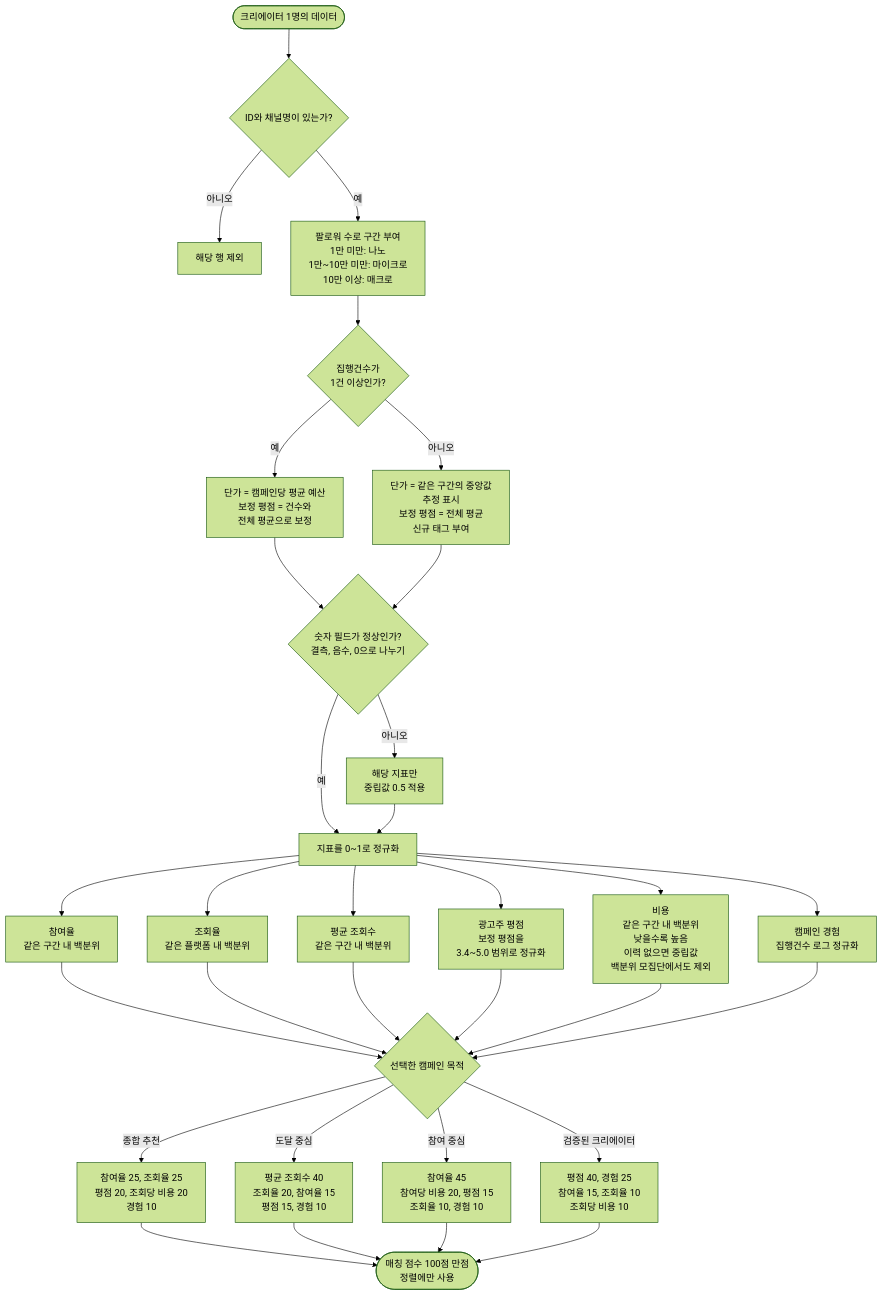
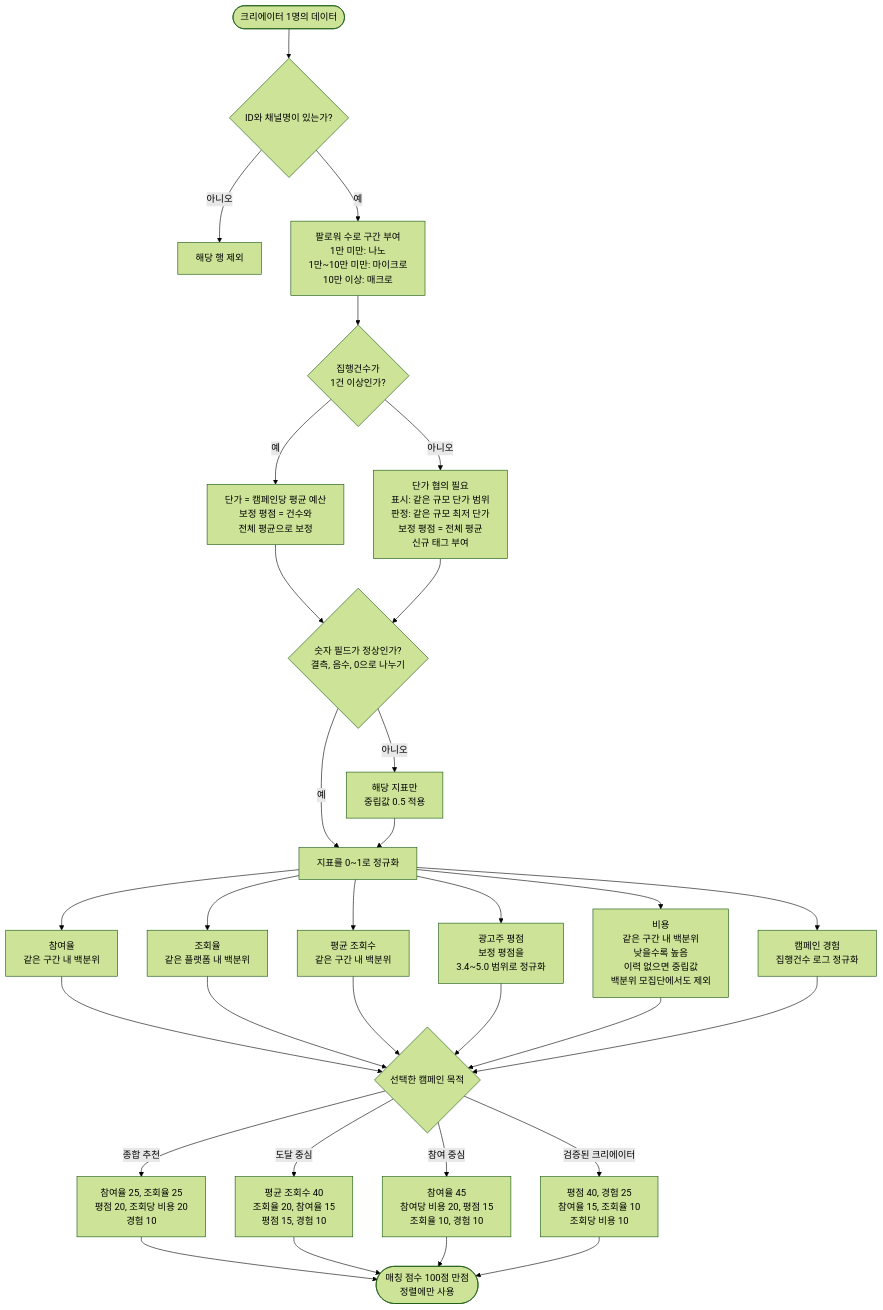
One commit to kimyyyjiii-jpg/creator-matching-prototype changed the second of 3 diagrams in flowchart.md. Above: the diagram before and after it, drawn with Mermaid (forest theme). The commit also changed other lines of this file and 11 other files, not shown here.

````diff
--- a/flowchart.md
+++ b/flowchart.md
@@ -56,40 +56,40 @@
 ```mermaid
 flowchart TD
     ROW([크리에이터 1명의 데이터]) --> IDCHK{ID와 채널명이 있는가?}
     IDCHK -- 아니오 --> DROP[해당 행 제외]
     IDCHK -- 예 --> TIER[팔로워 수로 구간 부여<br/>1만 미만: 나노<br/>1만~10만 미만: 마이크로<br/>10만 이상: 매크로]
 
     TIER --> HIST{집행건수가<br/>1건 이상인가?}
     HIST -- 예 --> REAL[단가 = 캠페인당 평균 예산<br/>보정 평점 = 건수와<br/>전체 평균으로 보정]
-    HIST -- 아니오 --> EST[단가 = 같은 구간의 중앙값<br/>추정 표시<br/>보정 평점 = 전체 평균<br/>신규 태그 부여]
+    HIST -- 아니오 --> EST[단가 협의 필요<br/>표시: 같은 규모 단가 범위<br/>판정: 같은 규모 최저 단가<br/>보정 평점 = 전체 평균<br/>신규 태그 부여]
 
     REAL --> NUMCHK{숫자 필드가 정상인가?<br/>결측, 음수, 0으로 나누기}
     EST --> NUMCHK
     NUMCHK -- 아니오 --> NEUTRAL[해당 지표만<br/>중립값 0.5 적용]
     NUMCHK -- 예 --> NORM
     NEUTRAL --> NORM
 
     NORM[지표를 0~1로 정규화] --> N1[참여율<br/>같은 구간 내 백분위]
     NORM --> N2[조회율<br/>같은 플랫폼 내 백분위]
     NORM --> N3[평균 조회수<br/>같은 구간 내 백분위]
     NORM --> N4[광고주 평점<br/>보정 평점을<br/>3.4~5.0 범위로 정규화]
     NORM --> N5[비용<br/>같은 구간 내 백분위<br/>낮을수록 높음<br/>이력 없으면 중립값<br/>백분위 모집단에서도 제외]
     NORM --> N6[캠페인 경험<br/>집행건수 로그 정규화]
 
     N1 --> PRESET{선택한 캠페인 목적}
     N2 --> PRESET
     N3 --> PRESET
     N4 --> PRESET
     N5 --> PRESET
     N6 --> PRESET
 
     PRESET -- 종합 추천 --> W1[참여율 25, 조회율 25<br/>평점 20, 조회당 비용 20<br/>경험 10]
     PRESET -- 도달 중심 --> W2[평균 조회수 40<br/>조회율 20, 참여율 15<br/>평점 15, 경험 10]
     PRESET -- 참여 중심 --> W3[참여율 45<br/>참여당 비용 20, 평점 15<br/>조회율 10, 경험 10]
     PRESET -- 검증된 크리에이터 --> W4[평점 40, 경험 25<br/>참여율 15, 조회율 10<br/>조회당 비용 10]
 
     W1 --> TOTAL([매칭 점수 100점 만점<br/>정렬에만 사용])
     W2 --> TOTAL
     W3 --> TOTAL
     W4 --> TOTAL
 ```
````
